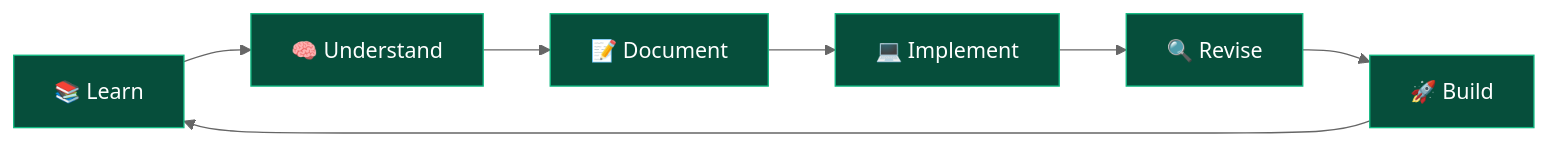
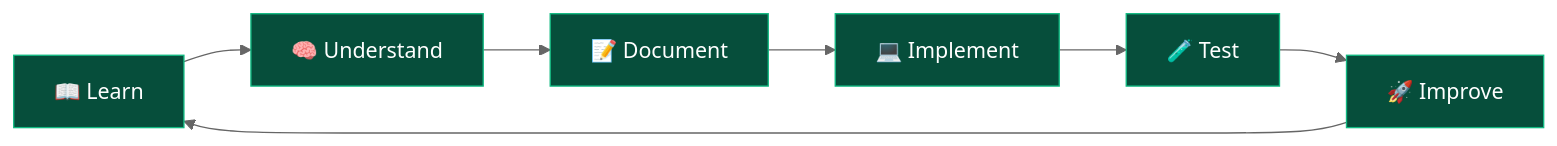
The diagram in README.md (Aradhy2005/java-backend-journey), drawn with Mermaid (neutral theme) before and after one commit. The commit also changed other lines of this file and 1 other file, not shown here.

Commit message:
docs: redesign JDBC guide with visual explanations and diagrams

````diff
--- a/README.md
+++ b/README.md
@@ -143,12 +137,12 @@
 ```mermaid
 flowchart LR
-    A["📚 Learn"] --> B["🧠 Understand"]
+    A["📖 Learn"] --> B["🧠 Understand"]
     B --> C["📝 Document"]
     C --> D["💻 Implement"]
-    D --> E["🔍 Revise"]
-    E --> F["🚀 Build"]
+    D --> E["🧪 Test"]
+    E --> F["🚀 Improve"]
     F --> A
 
     classDef step fill:#064E3B,stroke:#10B981,color:#FFFFFF
     class A,B,C,D,E,F step
 ```
````
